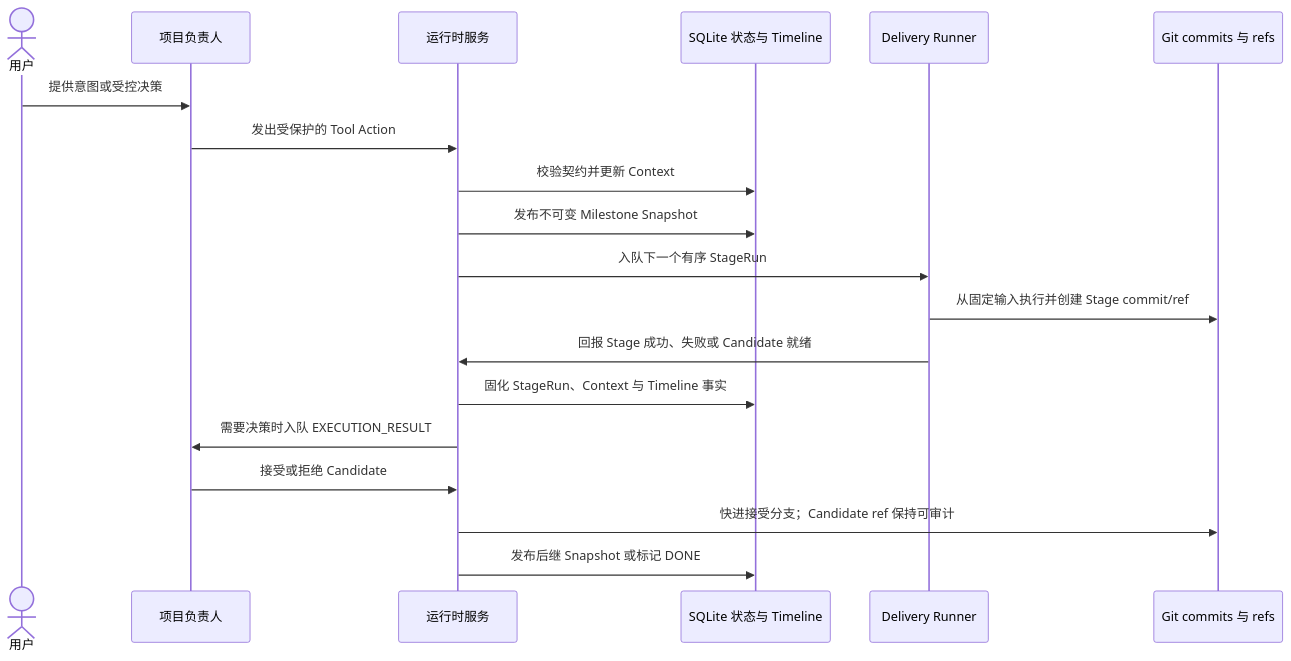
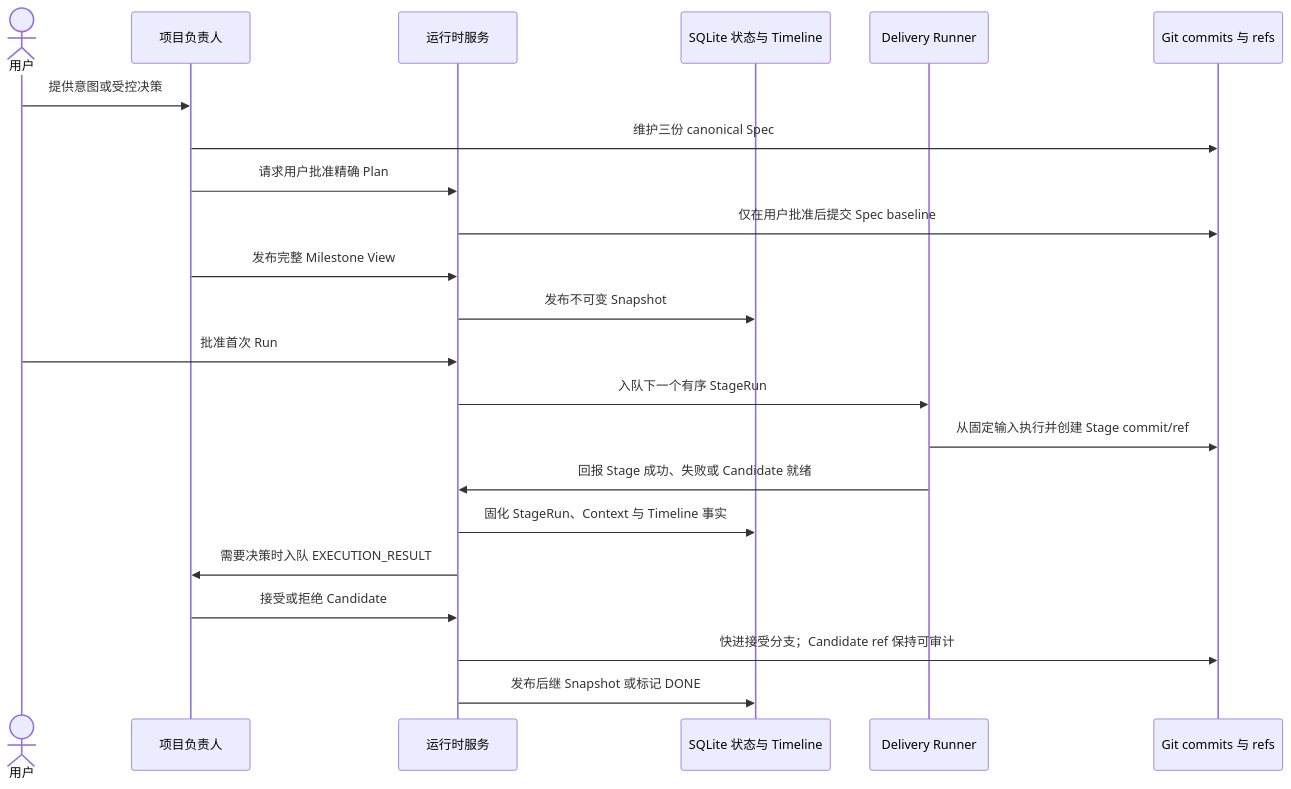
Before and after one commit to aowo-1345/AgentPanelX: the first of 2 diagrams in src/agentplanex/resources/skills/agentplanex-project-observe/SKILL.md, drawn with Mermaid. The commit also changed other lines of this file and 23 other files, not shown here.

````diff
--- a/src/agentplanex/resources/skills/agentplanex-project-observe/SKILL.md
+++ b/src/agentplanex/resources/skills/agentplanex-project-observe/SKILL.md
@@ -16,22 +32,25 @@
 ```mermaid
 sequenceDiagram
     actor User as 用户
     participant Owner as 项目负责人
     participant Runtime as 运行时服务
     participant SQLite as SQLite 状态与 Timeline
     participant Runner as Delivery Runner
     participant Git as Git commits 与 refs
 
     User->>Owner: 提供意图或受控决策
-    Owner->>Runtime: 发出受保护的 Tool Action
-    Runtime->>SQLite: 校验契约并更新 Context
-    Runtime->>SQLite: 发布不可变 Milestone Snapshot
+    Owner->>Git: 维护三份 canonical Spec
+    Owner->>Runtime: 请求用户批准精确 Plan
+    Runtime->>Git: 仅在用户批准后提交 Spec baseline
+    Owner->>Runtime: 发布完整 Milestone View
+    Runtime->>SQLite: 发布不可变 Snapshot
+    User->>Runtime: 批准首次 Run
     Runtime->>Runner: 入队下一个有序 StageRun
     Runner->>Git: 从固定输入执行并创建 Stage commit/ref
     Runner->>Runtime: 回报 Stage 成功、失败或 Candidate 就绪
     Runtime->>SQLite: 固化 StageRun、Context 与 Timeline 事实
     Runtime->>Owner: 需要决策时入队 EXECUTION_RESULT
     Owner->>Runtime: 接受或拒绝 Candidate
     Runtime->>Git: 快进接受分支；Candidate ref 保持可审计
     Runtime->>SQLite: 发布后继 Snapshot 或标记 DONE
 ```
````
